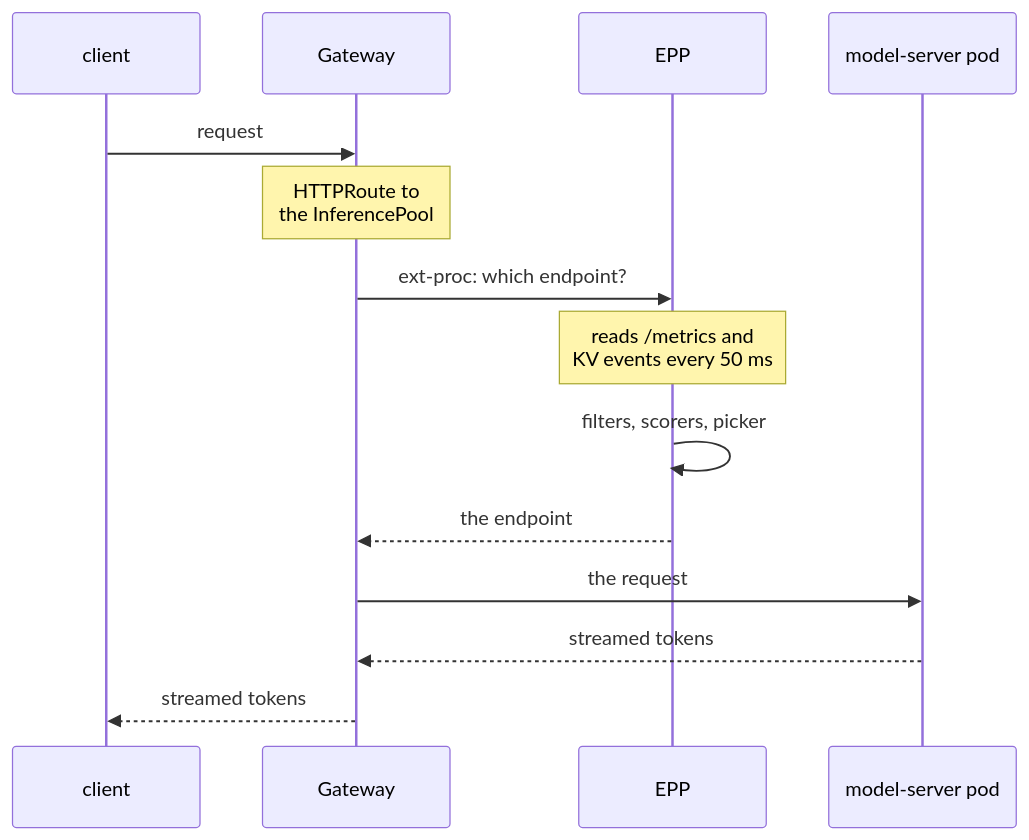
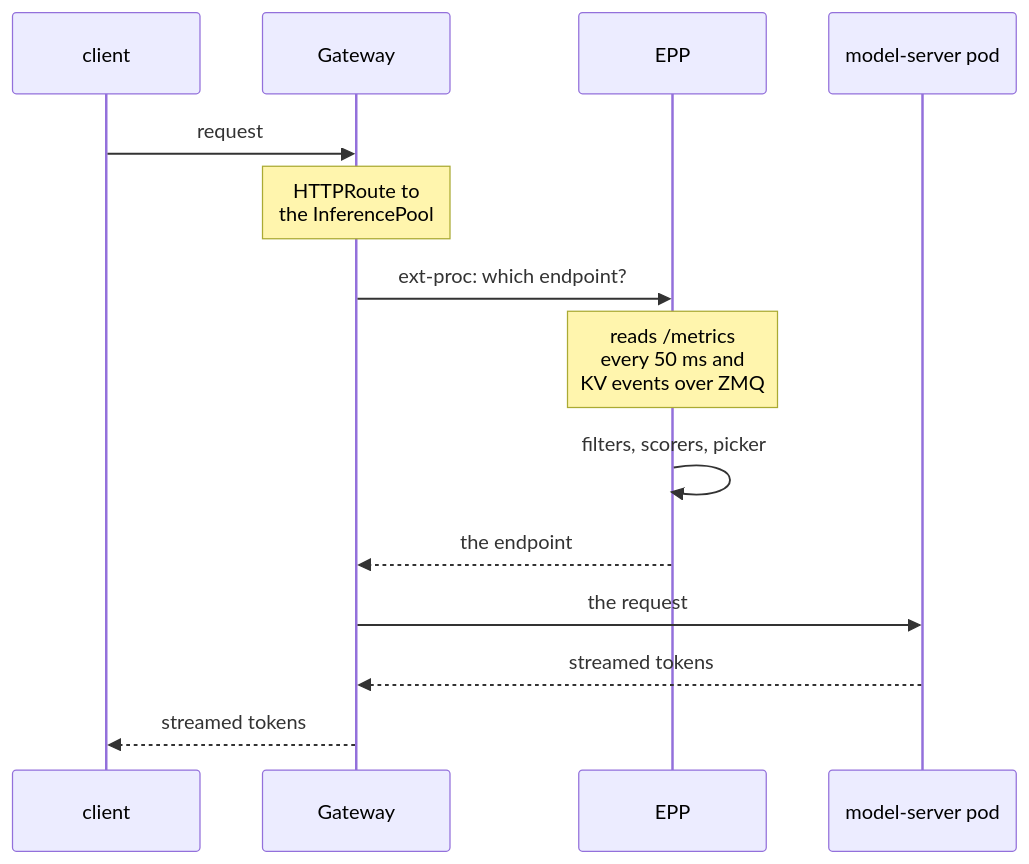
The third of 3 diagrams in 05-orchestrator/serving-orchestration/PRIMER.md (aniryou/full-stack-agentic-engineer), drawn with Mermaid before and after one commit. The commit also changed other lines of this file and 29 other files, not shown here.

````diff
--- a/05-orchestrator/serving-orchestration/PRIMER.md
+++ b/05-orchestrator/serving-orchestration/PRIMER.md
@@ -914,16 +916,16 @@
 ```mermaid
 sequenceDiagram
     participant C as client
     participant G as Gateway
     participant E as EPP
     participant P as model-server pod
     C->>G: request
     Note over G: HTTPRoute to<br/>the InferencePool
     G->>E: ext-proc: which endpoint?
-    Note over E: reads /metrics and<br/>KV events every 50 ms
+    Note over E: reads /metrics<br/>every 50 ms and<br/>KV events over ZMQ
     E->>E: filters, scorers, picker
     E-->>G: the endpoint
     G->>P: the request
     P-->>G: streamed tokens
     G-->>C: streamed tokens
 ```
````
